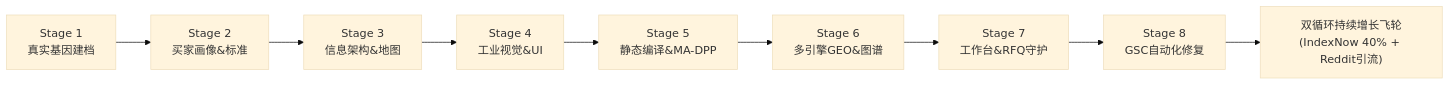
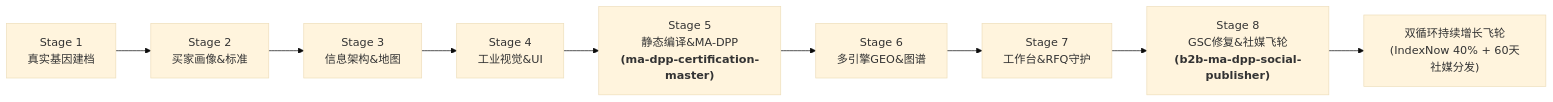
One commit to cnproduct/b2b-export-site-super-orchestrator changed the diagram in README.md. Above: the diagram before and after it, drawn with Mermaid (base theme). The commit also changed other lines of this file and 9 other files, not shown here.

First line of the commit message:
feat: fuse ma-dpp-certification-master and b2b-ma-dpp-social-publisher into super orchestrator (V1.2.0)

````diff
--- a/README.md
+++ b/README.md
@@ -14,11 +15,11 @@
 ```mermaid
 flowchart LR
     S1["Stage 1<br>真实基因建档"] --> S2["Stage 2<br>买家画像&标准"]
     S2 --> S3["Stage 3<br>信息架构&地图"]
     S3 --> S4["Stage 4<br>工业视觉&UI"]
-    S4 --> S5["Stage 5<br>静态编译&MA-DPP"]
+    S4 --> S5["Stage 5<br>静态编译&MA-DPP<br><b>(ma-dpp-certification-master)</b>"]
     S5 --> S6["Stage 6<br>多引擎GEO&图谱"]
     S6 --> S7["Stage 7<br>工作台&RFQ守护"]
-    S7 --> S8["Stage 8<br>GSC自动化修复"]
-    S8 --> Flywheel["双循环持续增长飞轮<br>(IndexNow 40% + Reddit引流)"]
+    S7 --> S8["Stage 8<br>GSC修复&社媒飞轮<br><b>(b2b-ma-dpp-social-publisher)</b>"]
+    S8 --> Flywheel["双循环持续增长飞轮<br>(IndexNow 40% + 60天社媒分发)"]
 ```
````
